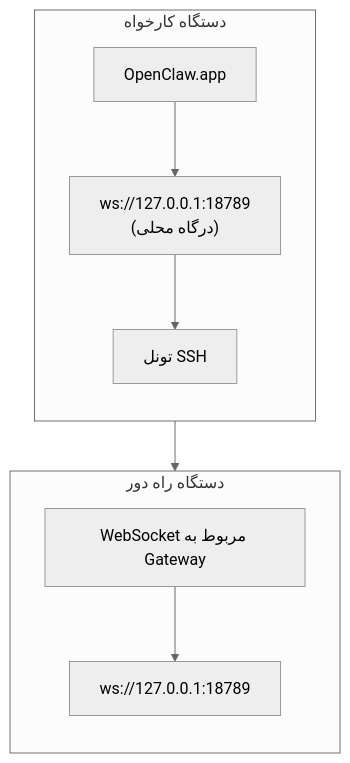
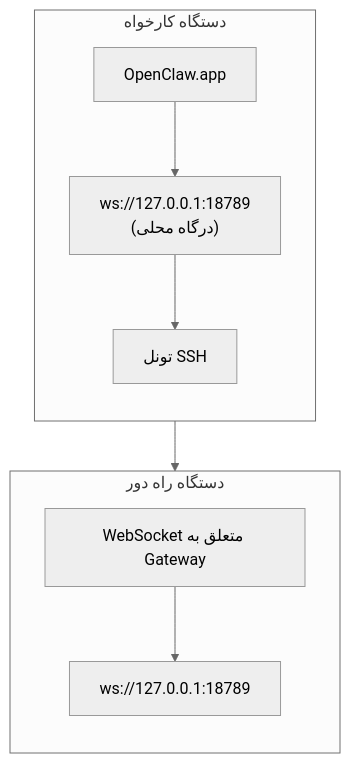
Before and after one commit to is0383kk/ai-docs-sync-workflow: the diagram in openclaw-docs/fa/gateway/remote-gateway-readme.md, drawn with Mermaid (neutral theme). The commit also changed other lines of this file and 11096 other files, not shown here.

````diff
--- a/openclaw-docs/fa/gateway/remote-gateway-readme.md
+++ b/openclaw-docs/fa/gateway/remote-gateway-readme.md
@@ -23,20 +24,20 @@
 ```mermaid
 flowchart TB
     subgraph Client["دستگاه کارخواه"]
         direction TB
         A["OpenClaw.app"]
         B["ws://127.0.0.1:18789\n(درگاه محلی)"]
         T["تونل SSH"]
 
         A --> B
         B --> T
     end
     subgraph Remote["دستگاه راه دور"]
         direction TB
-        C["WebSocket مربوط به Gateway"]
+        C["WebSocket متعلق به Gateway"]
         D["ws://127.0.0.1:18789"]
 
         C --> D
     end
     T --> C
 ```
````
